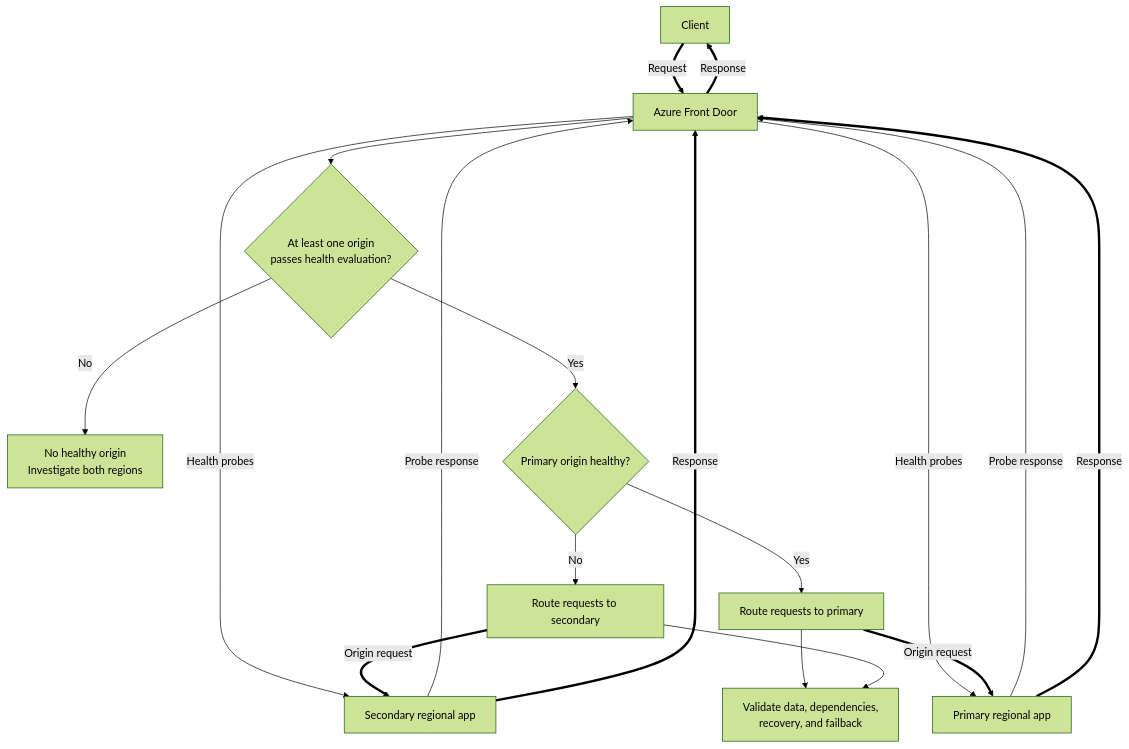
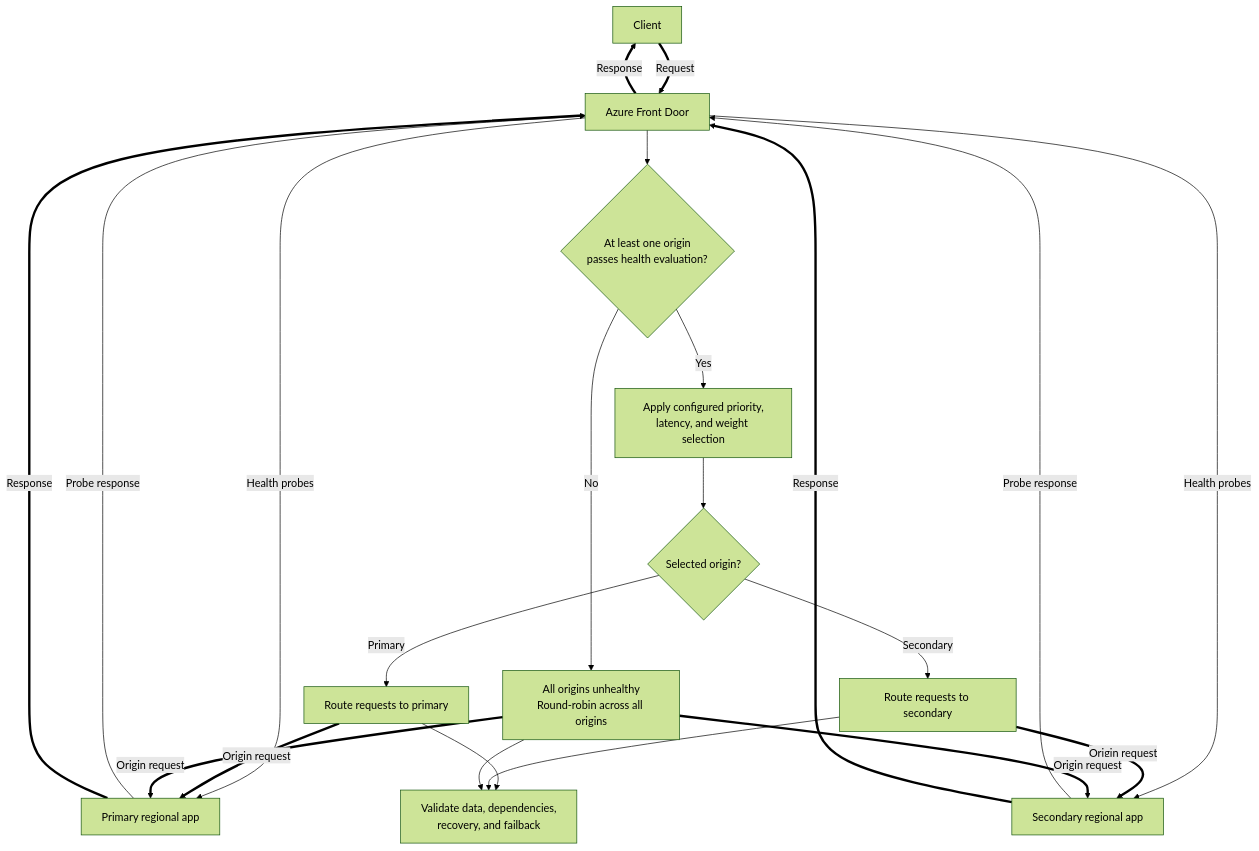
Before and after one commit to yeongseon/azure-container-apps-practical-guide: the diagram in docs/troubleshooting/playbooks/platform-features/multi-region-failover.md, drawn with Mermaid (forest theme). The commit also changed other lines of this file and 7 other files, not shown here.

First line of the commit message:
fix(diagrams): correct request paths and record review of platform and troubleshooting diagrams (#638)

````diff
--- a/docs/troubleshooting/playbooks/platform-features/multi-region-failover.md
+++ b/docs/troubleshooting/playbooks/platform-features/multi-region-failover.md
@@ -37,23 +38,27 @@
 ```mermaid
 flowchart TD
     accTitle: Diagnose regional failover through Azure Front Door
-    accDescr: Front Door probes each regional Container Apps origin, removes origins that fail the configured health evaluation, routes client requests to a healthy origin, and requires an explicit recovery and failback check.
+    accDescr: Front Door probes each regional Container Apps origin. When healthy origins exist, configured priority, latency, and weight settings select among eligible origins. If every origin fails health probes, Front Door distributes requests round-robin across all origins until one becomes healthy again.
 
     CLIENT[Client] ==>|Request| FRONTDOOR[Azure Front Door]
     FRONTDOOR -->|Health probes| PRIMARY[Primary regional app]
     PRIMARY -->|Probe response| FRONTDOOR
     FRONTDOOR -->|Health probes| SECONDARY[Secondary regional app]
     SECONDARY -->|Probe response| FRONTDOOR
     FRONTDOOR --> HEALTHY{At least one origin<br/>passes health evaluation?}
-    HEALTHY -->|No| OUTAGE[No healthy origin<br/>Investigate both regions]
-    HEALTHY -->|Yes| ROUTE{Primary origin healthy?}
-    ROUTE -->|Yes| PRIMARY_ROUTE[Route requests to primary]
-    ROUTE -->|No| SECONDARY_ROUTE[Route requests to secondary]
+    HEALTHY -->|No| FALLBACK[All origins unhealthy<br/>Round-robin across all origins]
+    HEALTHY -->|Yes| SELECT[Apply configured priority,<br/>latency, and weight selection]
+    SELECT --> ROUTE{Selected origin?}
+    ROUTE -->|Primary| PRIMARY_ROUTE[Route requests to primary]
+    ROUTE -->|Secondary| SECONDARY_ROUTE[Route requests to secondary]
     PRIMARY_ROUTE ==>|Origin request| PRIMARY
     PRIMARY ==>|Response| FRONTDOOR
     SECONDARY_ROUTE ==>|Origin request| SECONDARY
     SECONDARY ==>|Response| FRONTDOOR
+    FALLBACK ==>|Origin request| PRIMARY
+    FALLBACK ==>|Origin request| SECONDARY
     FRONTDOOR ==>|Response| CLIENT
     PRIMARY_ROUTE --> RECOVERY[Validate recovery and<br/>failback behavior]
     SECONDARY_ROUTE --> RECOVERY[Validate data, dependencies,<br/>recovery, and failback]
+    FALLBACK --> RECOVERY
 ```
````
